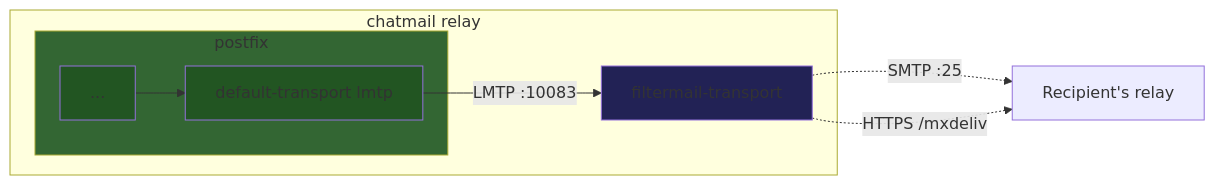
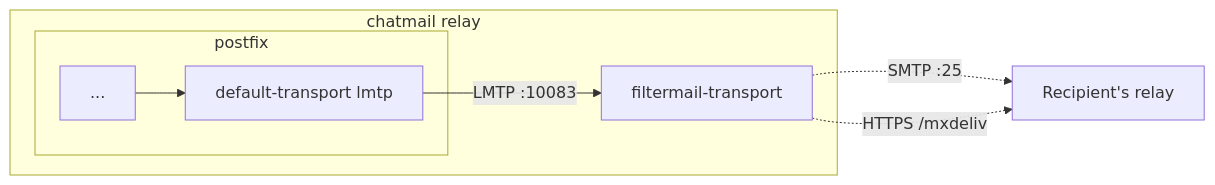
Before and after one commit to chatmail/relay: the third of 3 diagrams in filtermail/README.md, drawn with Mermaid. The commit also changed other lines of this file, not shown here.

First line of the commit message:
docs(readme): Disable colors in mermaid diagrams (#180)

````diff
--- a/filtermail/README.md
+++ b/filtermail/README.md
@@ -106,18 +94,13 @@
 ```mermaid
 flowchart LR
     
     subgraph chatmail relay
         subgraph postfix
             qmgr[...] --> lmtp[default-transport lmtp] 
         end
         
         lmtp --LMTP :10083--> filtermail[filtermail-transport]
     end
     filtermail -.SMTP :25.-> mta[Recipient's relay]
     filtermail -.HTTPS /mxdeliv.-> mta
-    
-    style postfix fill:#363
-    style qmgr fill:#252
-    style lmtp fill:#252
-    style filtermail fill:#225
 ```
````
